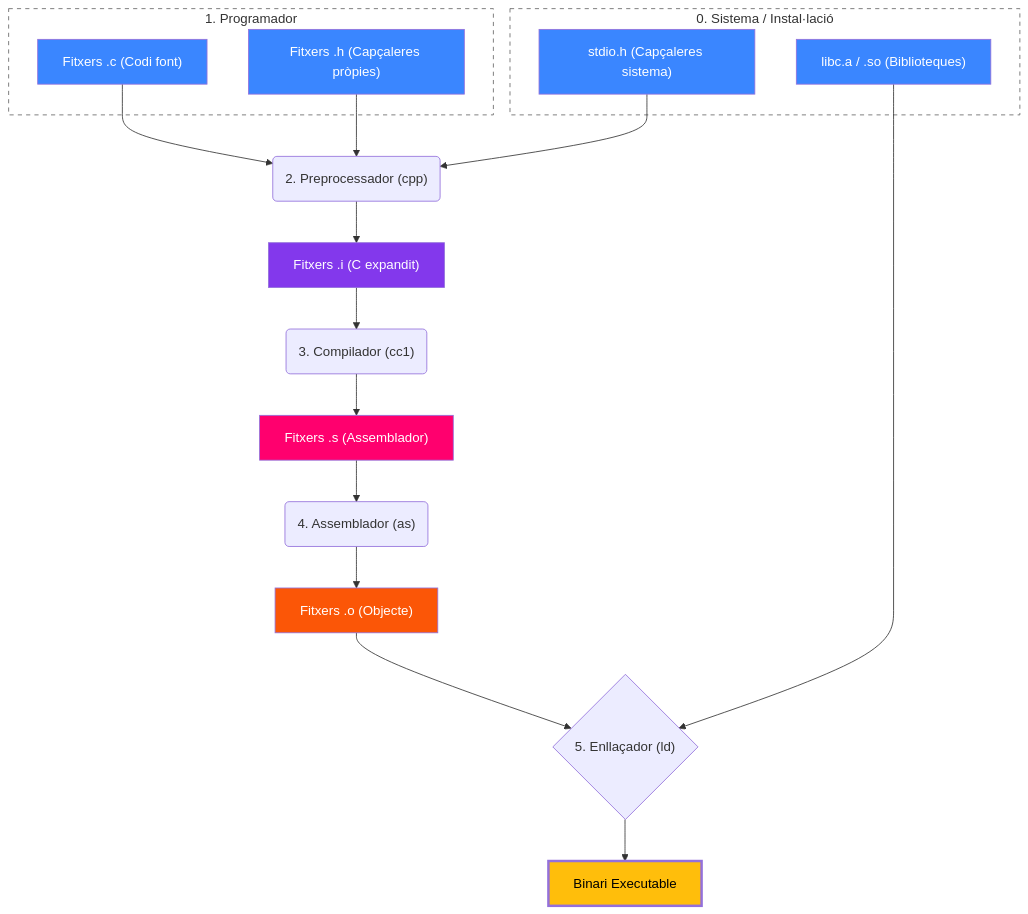
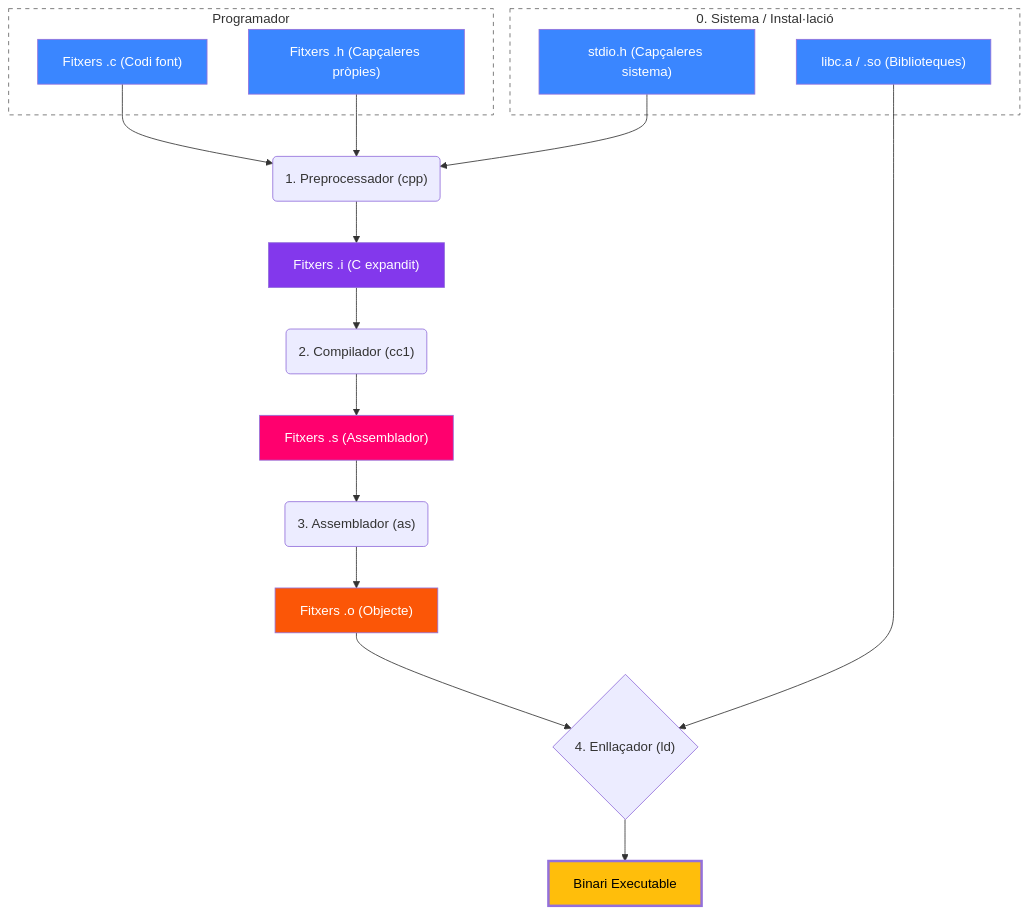
One commit to rbaig/migracio.ec.gitlab.upc.edu changed the second of 2 diagrams in T3.qmd. Above: the diagram before and after it, drawn with Mermaid. The commit also changed other lines of this file and 6 other files, not shown here.

````diff
--- a/T3.qmd
+++ b/T3.qmd
@@ -1892,41 +1965,41 @@
 ```{mermaid}
 %%| fig-width: 6
 graph TD
-    subgraph S1 ["1. Programador"]
+    subgraph S1 ["0. Sistema / Instal·lació"]
+        H2["stdio.h (Capçaleres sistema)"]
+        LIB["libc.a / .so (Biblioteques)"]
+    end
+
+    subgraph S2 ["Programador"]
         A["Fitxers .c (Codi font)"]
         H1["Fitxers .h (Capçaleres pròpies)"]
     end
 
-    subgraph S2 ["0. Sistema / Instal·lació"]
-        H2["stdio.h (Capçaleres sistema)"]
-        LIB["libc.a / .so (Biblioteques)"]
-    end
-
-    A  --> CP("2. Preprocessador (cpp)")
+    A  --> CP("1. Preprocessador (cpp)")
     H1 --> CP
     H2 --> CP
 
     CP --> I["Fitxers .i (C expandit)"]
 
-    I  --> CC("3. Compilador (cc1)")
+    I  --> CC("2. Compilador (cc1)")
     CC --> S["Fitxers .s (Assemblador)"]
 
-    S  --> AS("4. Assemblador (as)")
+    S  --> AS("3. Assemblador (as)")
     AS --> O["Fitxers .o (Objecte)"]
 
-    O  --> LD{"5. Enllaçador (ld)"}
+    O  --> LD{"4. Enllaçador (ld)"}
     LIB --> LD
 
     LD --> G["Binari Executable"]
 
     style S1  fill:none,stroke:#666,stroke-dasharray:5 5
     style S2  fill:none,stroke:#666,stroke-dasharray:5 5
     style A   fill:#3a86ff,color:#fff
     style H1  fill:#3a86ff,color:#fff
     style H2  fill:#3a86ff,color:#fff
     style I   fill:#8338ec,color:#fff
     style S   fill:#ff006e,color:#fff
     style O   fill:#fb5607,color:#fff
     style LIB fill:#3a86ff,color:#fff
     style G   fill:#ffbe0b,color:#000,stroke-width:3px
 ```
````
